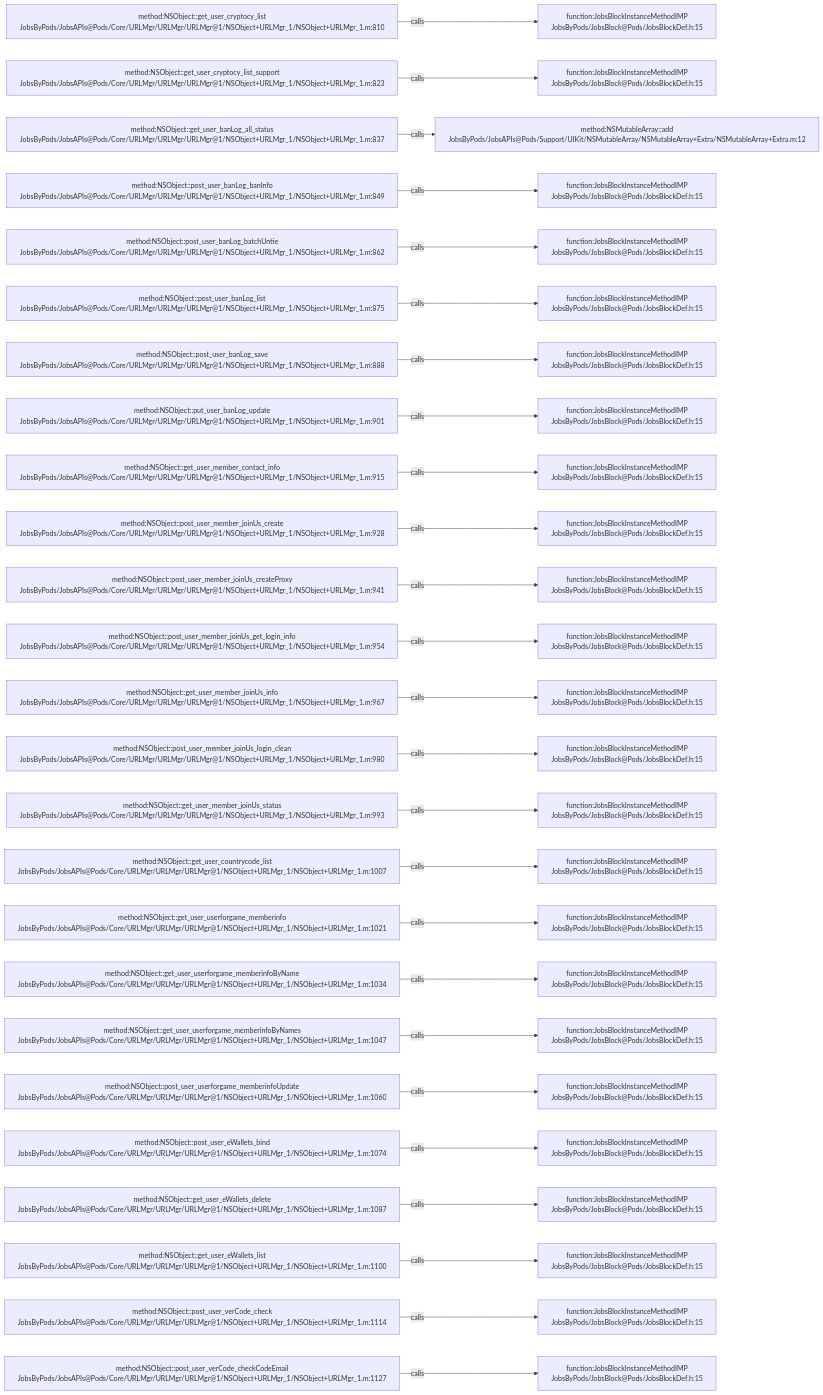
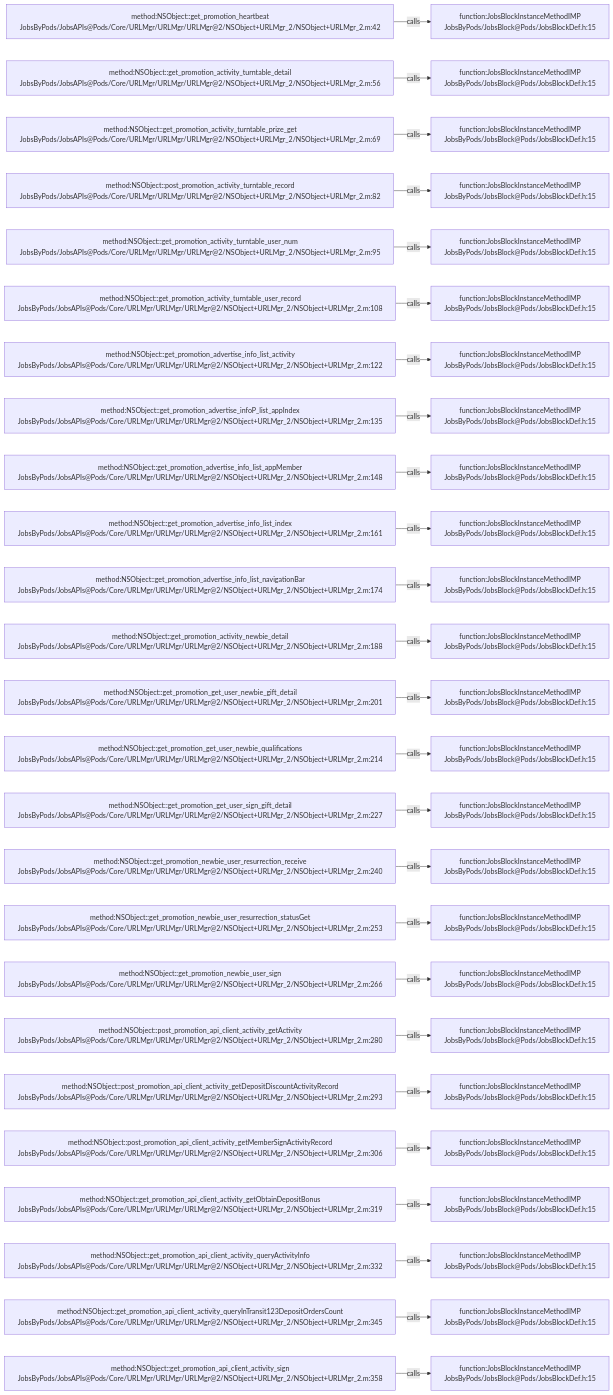
Before and after one commit to JobsKits/JobsOCBaseConfigDemo: the diagram in .codegraph/codegraph.md/graphs/calls-056.md, drawn with Mermaid. The commit also changed 223 other files, not shown here.

````diff
--- a/.codegraph/codegraph.md/graphs/calls-056.md
+++ b/.codegraph/codegraph.md/graphs/calls-056.md
@@ -13,78 +13,78 @@
 ```mermaid
 flowchart LR
-  S1["method:NSObject::get_user_cryptocy_list<br/>JobsByPods/JobsAPIs@Pods/Core/URLMgr/URLMgr/URLMgr@1/NSObject+URLMgr_1/NSObject+URLMgr_1.m:810"]
+  S1["method:NSObject::get_promotion_heartbeat<br/>JobsByPods/JobsAPIs@Pods/Core/URLMgr/URLMgr/URLMgr@2/NSObject+URLMgr_2/NSObject+URLMgr_2.m:42"]
   T1["function:JobsBlockInstanceMethodIMP<br/>JobsByPods/JobsBlock@Pods/JobsBlockDef.h:15"]
   S1 -->|calls| T1
-  S2["method:NSObject::get_user_cryptocy_list_support<br/>JobsByPods/JobsAPIs@Pods/Core/URLMgr/URLMgr/URLMgr@1/NSObject+URLMgr_1/NSObject+URLMgr_1.m:823"]
+  S2["method:NSObject::get_promotion_activity_turntable_detail<br/>JobsByPods/JobsAPIs@Pods/Core/URLMgr/URLMgr/URLMgr@2/NSObject+URLMgr_2/NSObject+URLMgr_2.m:56"]
   T2["function:JobsBlockInstanceMethodIMP<br/>JobsByPods/JobsBlock@Pods/JobsBlockDef.h:15"]
   S2 -->|calls| T2
-  S3["method:NSObject::get_user_banLog_all_status<br/>JobsByPods/JobsAPIs@Pods/Core/URLMgr/URLMgr/URLMgr@1/NSObject+URLMgr_1/NSObject+URLMgr_1.m:837"]
-  T3["method:NSMutableArray::add<br/>JobsByPods/JobsAPIs@Pods/Support/UIKit/NSMutableArray/NSMutableArray+Extra/NSMutableArray+Extra.m:12"]
+  S3["method:NSObject::get_promotion_activity_turntable_prize_get<br/>JobsByPods/JobsAPIs@Pods/Core/URLMgr/URLMgr/URLMgr@2/NSObject+URLMgr_2/NSObject+URLMgr_2.m:69"]
+  T3["function:JobsBlockInstanceMethodIMP<br/>JobsByPods/JobsBlock@Pods/JobsBlockDef.h:15"]
   S3 -->|calls| T3
-  S4["method:NSObject::post_user_banLog_banInfo<br/>JobsByPods/JobsAPIs@Pods/Core/URLMgr/URLMgr/URLMgr@1/NSObject+URLMgr_1/NSObject+URLMgr_1.m:849"]
+  S4["method:NSObject::post_promotion_activity_turntable_record<br/>JobsByPods/JobsAPIs@Pods/Core/URLMgr/URLMgr/URLMgr@2/NSObject+URLMgr_2/NSObject+URLMgr_2.m:82"]
   T4["function:JobsBlockInstanceMethodIMP<br/>JobsByPods/JobsBlock@Pods/JobsBlockDef.h:15"]
   S4 -->|calls| T4
-  S5["method:NSObject::post_user_banLog_batchUntie<br/>JobsByPods/JobsAPIs@Pods/Core/URLMgr/URLMgr/URLMgr@1/NSObject+URLMgr_1/NSObject+URLMgr_1.m:862"]
+  S5["method:NSObject::get_promotion_activity_turntable_user_num<br/>JobsByPods/JobsAPIs@Pods/Core/URLMgr/URLMgr/URLMgr@2/NSObject+URLMgr_2/NSObject+URLMgr_2.m:95"]
   T5["function:JobsBlockInstanceMethodIMP<br/>JobsByPods/JobsBlock@Pods/JobsBlockDef.h:15"]
   S5 -->|calls| T5
-  S6["method:NSObject::post_user_banLog_list<br/>JobsByPods/JobsAPIs@Pods/Core/URLMgr/URLMgr/URLMgr@1/NSObject+URLMgr_1/NSObject+URLMgr_1.m:875"]
+  S6["method:NSObject::get_promotion_activity_turntable_user_record<br/>JobsByPods/JobsAPIs@Pods/Core/URLMgr/URLMgr/URLMgr@2/NSObject+URLMgr_2/NSObject+URLMgr_2.m:108"]
   T6["function:JobsBlockInstanceMethodIMP<br/>JobsByPods/JobsBlock@Pods/JobsBlockDef.h:15"]
   S6 -->|calls| T6
-  S7["method:NSObject::post_user_banLog_save<br/>JobsByPods/JobsAPIs@Pods/Core/URLMgr/URLMgr/URLMgr@1/NSObject+URLMgr_1/NSObject+URLMgr_1.m:888"]
+  S7["method:NSObject::get_promotion_advertise_info_list_activity<br/>JobsByPods/JobsAPIs@Pods/Core/URLMgr/URLMgr/URLMgr@2/NSObject+URLMgr_2/NSObject+URLMgr_2.m:122"]
   T7["function:JobsBlockInstanceMethodIMP<br/>JobsByPods/JobsBlock@Pods/JobsBlockDef.h:15"]
   S7 -->|calls| T7
-  S8["method:NSObject::put_user_banLog_update<br/>JobsByPods/JobsAPIs@Pods/Core/URLMgr/URLMgr/URLMgr@1/NSObject+URLMgr_1/NSObject+URLMgr_1.m:901"]
+  S8["method:NSObject::get_promotion_advertise_infoP_list_appIndex<br/>JobsByPods/JobsAPIs@Pods/Core/URLMgr/URLMgr/URLMgr@2/NSObject+URLMgr_2/NSObject+URLMgr_2.m:135"]
   T8["function:JobsBlockInstanceMethodIMP<br/>JobsByPods/JobsBlock@Pods/JobsBlockDef.h:15"]
   S8 -->|calls| T8
-  S9["method:NSObject::get_user_member_contact_info<br/>JobsByPods/JobsAPIs@Pods/Core/URLMgr/URLMgr/URLMgr@1/NSObject+URLMgr_1/NSObject+URLMgr_1.m:915"]
+  S9["method:NSObject::get_promotion_advertise_info_list_appMember<br/>JobsByPods/JobsAPIs@Pods/Core/URLMgr/URLMgr/URLMgr@2/NSObject+URLMgr_2/NSObject+URLMgr_2.m:148"]
   T9["function:JobsBlockInstanceMethodIMP<br/>JobsByPods/JobsBlock@Pods/JobsBlockDef.h:15"]
   S9 -->|calls| T9
-  S10["method:NSObject::post_user_member_joinUs_create<br/>JobsByPods/JobsAPIs@Pods/Core/URLMgr/URLMgr/URLMgr@1/NSObject+URLMgr_1/NSObject+URLMgr_1.m:928"]
+  S10["method:NSObject::get_promotion_advertise_info_list_index<br/>JobsByPods/JobsAPIs@Pods/Core/URLMgr/URLMgr/URLMgr@2/NSObject+URLMgr_2/NSObject+URLMgr_2.m:161"]
   T10["function:JobsBlockInstanceMethodIMP<br/>JobsByPods/JobsBlock@Pods/JobsBlockDef.h:15"]
   S10 -->|calls| T10
-  S11["method:NSObject::post_user_member_joinUs_createProxy<br/>JobsByPods/JobsAPIs@Pods/Core/URLMgr/URLMgr/URLMgr@1/NSObject+URLMgr_1/NSObject+URLMgr_1.m:941"]
+  S11["method:NSObject::get_promotion_advertise_info_list_navigationBar<br/>JobsByPods/JobsAPIs@Pods/Core/URLMgr/URLMgr/URLMgr@2/NSObject+URLMgr_2/NSObject+URLMgr_2.m:174"]
   T11["function:JobsBlockInstanceMethodIMP<br/>JobsByPods/JobsBlock@Pods/JobsBlockDef.h:15"]
   S11 -->|calls| T11
-  S12["method:NSObject::post_user_member_joinUs_get_login_info<br/>JobsByPods/JobsAPIs@Pods/Core/URLMgr/URLMgr/URLMgr@1/NSObject+URLMgr_1/NSObject+URLMgr_1.m:954"]
+  S12["method:NSObject::get_promotion_activity_newbie_detail<br/>JobsByPods/JobsAPIs@Pods/Core/URLMgr/URLMgr/URLMgr@2/NSObject+URLMgr_2/NSObject+URLMgr_2.m:188"]
   T12["function:JobsBlockInstanceMethodIMP<br/>JobsByPods/JobsBlock@Pods/JobsBlockDef.h:15"]
   S12 -->|calls| T12
-  S13["method:NSObject::get_user_member_joinUs_info<br/>JobsByPods/JobsAPIs@Pods/Core/URLMgr/URLMgr/URLMgr@1/NSObject+URLMgr_1/NSObject+URLMgr_1.m:967"]
+  S13["method:NSObject::get_promotion_get_user_newbie_gift_detail<br/>JobsByPods/JobsAPIs@Pods/Core/URLMgr/URLMgr/URLMgr@2/NSObject+URLMgr_2/NSObject+URLMgr_2.m:201"]
   T13["function:JobsBlockInstanceMethodIMP<br/>JobsByPods/JobsBlock@Pods/JobsBlockDef.h:15"]
   S13 -->|calls| T13
-  S14["method:NSObject::post_user_member_joinUs_login_clean<br/>JobsByPods/JobsAPIs@Pods/Core/URLMgr/URLMgr/URLMgr@1/NSObject+URLMgr_1/NSObject+URLMgr_1.m:980"]
+  S14["method:NSObject::get_promotion_get_user_newbie_qualifications<br/>JobsByPods/JobsAPIs@Pods/Core/URLMgr/URLMgr/URLMgr@2/NSObject+URLMgr_2/NSObject+URLMgr_2.m:214"]
   T14["function:JobsBlockInstanceMethodIMP<br/>JobsByPods/JobsBlock@Pods/JobsBlockDef.h:15"]
   S14 -->|calls| T14
-  S15["method:NSObject::get_user_member_joinUs_status<br/>JobsByPods/JobsAPIs@Pods/Core/URLMgr/URLMgr/URLMgr@1/NSObject+URLMgr_1/NSObject+URLMgr_1.m:993"]
+  S15["method:NSObject::get_promotion_get_user_sign_gift_detail<br/>JobsByPods/JobsAPIs@Pods/Core/URLMgr/URLMgr/URLMgr@2/NSObject+URLMgr_2/NSObject+URLMgr_2.m:227"]
   T15["function:JobsBlockInstanceMethodIMP<br/>JobsByPods/JobsBlock@Pods/JobsBlockDef.h:15"]
   S15 -->|calls| T15
-  S16["method:NSObject::get_user_countrycode_list<br/>JobsByPods/JobsAPIs@Pods/Core/URLMgr/URLMgr/URLMgr@1/NSObject+URLMgr_1/NSObject+URLMgr_1.m:1007"]
+  S16["method:NSObject::get_promotion_newbie_user_resurrection_receive<br/>JobsByPods/JobsAPIs@Pods/Core/URLMgr/URLMgr/URLMgr@2/NSObject+URLMgr_2/NSObject+URLMgr_2.m:240"]
   T16["function:JobsBlockInstanceMethodIMP<br/>JobsByPods/JobsBlock@Pods/JobsBlockDef.h:15"]
   S16 -->|calls| T16
-  S17["method:NSObject::get_user_userforgame_memberinfo<br/>JobsByPods/JobsAPIs@Pods/Core/URLMgr/URLMgr/URLMgr@1/NSObject+URLMgr_1/NSObject+URLMgr_1.m:1021"]
+  S17["method:NSObject::get_promotion_newbie_user_resurrection_statusGet<br/>JobsByPods/JobsAPIs@Pods/Core/URLMgr/URLMgr/URLMgr@2/NSObject+URLMgr_2/NSObject+URLMgr_2.m:253"]
   T17["function:JobsBlockInstanceMethodIMP<br/>JobsByPods/JobsBlock@Pods/JobsBlockDef.h:15"]
   S17 -->|calls| T17
-  S18["method:NSObject::get_user_userforgame_memberinfoByName<br/>JobsByPods/JobsAPIs@Pods/Core/URLMgr/URLMgr/URLMgr@1/NSObject+URLMgr_1/NSObject+URLMgr_1.m:1034"]
+  S18["method:NSObject::get_promotion_newbie_user_sign<br/>JobsByPods/JobsAPIs@Pods/Core/URLMgr/URLMgr/URLMgr@2/NSObject+URLMgr_2/NSObject+URLMgr_2.m:266"]
   T18["function:JobsBlockInstanceMethodIMP<br/>JobsByPods/JobsBlock@Pods/JobsBlockDef.h:15"]
   S18 -->|calls| T18
-  S19["method:NSObject::get_user_userforgame_memberinfoByNames<br/>JobsByPods/JobsAPIs@Pods/Core/URLMgr/URLMgr/URLMgr@1/NSObject+URLMgr_1/NSObject+URLMgr_1.m:1047"]
+  S19["method:NSObject::post_promotion_api_client_activity_getActivity<br/>JobsByPods/JobsAPIs@Pods/Core/URLMgr/URLMgr/URLMgr@2/NSObject+URLMgr_2/NSObject+URLMgr_2.m:280"]
   T19["function:JobsBlockInstanceMethodIMP<br/>JobsByPods/JobsBlock@Pods/JobsBlockDef.h:15"]
   S19 -->|calls| T19
-  S20["method:NSObject::post_user_userforgame_memberinfoUpdate<br/>JobsByPods/JobsAPIs@Pods/Core/URLMgr/URLMgr/URLMgr@1/NSObject+URLMgr_1/NSObject+URLMgr_1.m:1060"]
+  S20["method:NSObject::post_promotion_api_client_activity_getDepositDiscountActivityRecord<br/>JobsByPods/JobsAPIs@Pods/Core/URLMgr/URLMgr/URLMgr@2/NSObject+URLMgr_2/NSObject+URLMgr_2.m:293"]
   T20["function:JobsBlockInstanceMethodIMP<br/>JobsByPods/JobsBlock@Pods/JobsBlockDef.h:15"]
   S20 -->|calls| T20
-  S21["method:NSObject::post_user_eWallets_bind<br/>JobsByPods/JobsAPIs@Pods/Core/URLMgr/URLMgr/URLMgr@1/NSObject+URLMgr_1/NSObject+URLMgr_1.m:1074"]
+  S21["method:NSObject::post_promotion_api_client_activity_getMemberSignActivityRecord<br/>JobsByPods/JobsAPIs@Pods/Core/URLMgr/URLMgr/URLMgr@2/NSObject+URLMgr_2/NSObject+URLMgr_2.m:306"]
   T21["function:JobsBlockInstanceMethodIMP<br/>JobsByPods/JobsBlock@Pods/JobsBlockDef.h:15"]
   S21 -->|calls| T21
-  S22["method:NSObject::get_user_eWallets_delete<br/>JobsByPods/JobsAPIs@Pods/Core/URLMgr/URLMgr/URLMgr@1/NSObject+URLMgr_1/NSObject+URLMgr_1.m:1087"]
+  S22["method:NSObject::get_promotion_api_client_activity_getObtainDepositBonus<br/>JobsByPods/JobsAPIs@Pods/Core/URLMgr/URLMgr/URLMgr@2/NSObject+URLMgr_2/NSObject+URLMgr_2.m:319"]
   T22["function:JobsBlockInstanceMethodIMP<br/>JobsByPods/JobsBlock@Pods/JobsBlockDef.h:15"]
   S22 -->|calls| T22
-  S23["method:NSObject::get_user_eWallets_list<br/>JobsByPods/JobsAPIs@Pods/Core/URLMgr/URLMgr/URLMgr@1/NSObject+URLMgr_1/NSObject+URLMgr_1.m:1100"]
+  S23["method:NSObject::get_promotion_api_client_activity_queryActivityInfo<br/>JobsByPods/JobsAPIs@Pods/Core/URLMgr/URLMgr/URLMgr@2/NSObject+URLMgr_2/NSObject+URLMgr_2.m:332"]
   T23["function:JobsBlockInstanceMethodIMP<br/>JobsByPods/JobsBlock@Pods/JobsBlockDef.h:15"]
   S23 -->|calls| T23
-  S24["method:NSObject::post_user_verCode_check<br/>JobsByPods/JobsAPIs@Pods/Core/URLMgr/URLMgr/URLMgr@1/NSObject+URLMgr_1/NSObject+URLMgr_1.m:1114"]
+  S24["method:NSObject::get_promotion_api_client_activity_queryInTransit123DepositOrdersCount<br/>JobsByPods/JobsAPIs@Pods/Core/URLMgr/URLMgr/URLMgr@2/NSObject+URLMgr_2/NSObject+URLMgr_2.m:345"]
   T24["function:JobsBlockInstanceMethodIMP<br/>JobsByPods/JobsBlock@Pods/JobsBlockDef.h:15"]
   S24 -->|calls| T24
-  S25["method:NSObject::post_user_verCode_checkCodeEmail<br/>JobsByPods/JobsAPIs@Pods/Core/URLMgr/URLMgr/URLMgr@1/NSObject+URLMgr_1/NSObject+URLMgr_1.m:1127"]
+  S25["method:NSObject::get_promotion_api_client_activity_sign<br/>JobsByPods/JobsAPIs@Pods/Core/URLMgr/URLMgr/URLMgr@2/NSObject+URLMgr_2/NSObject+URLMgr_2.m:358"]
   T25["function:JobsBlockInstanceMethodIMP<br/>JobsByPods/JobsBlock@Pods/JobsBlockDef.h:15"]
   S25 -->|calls| T25
 ```
````
